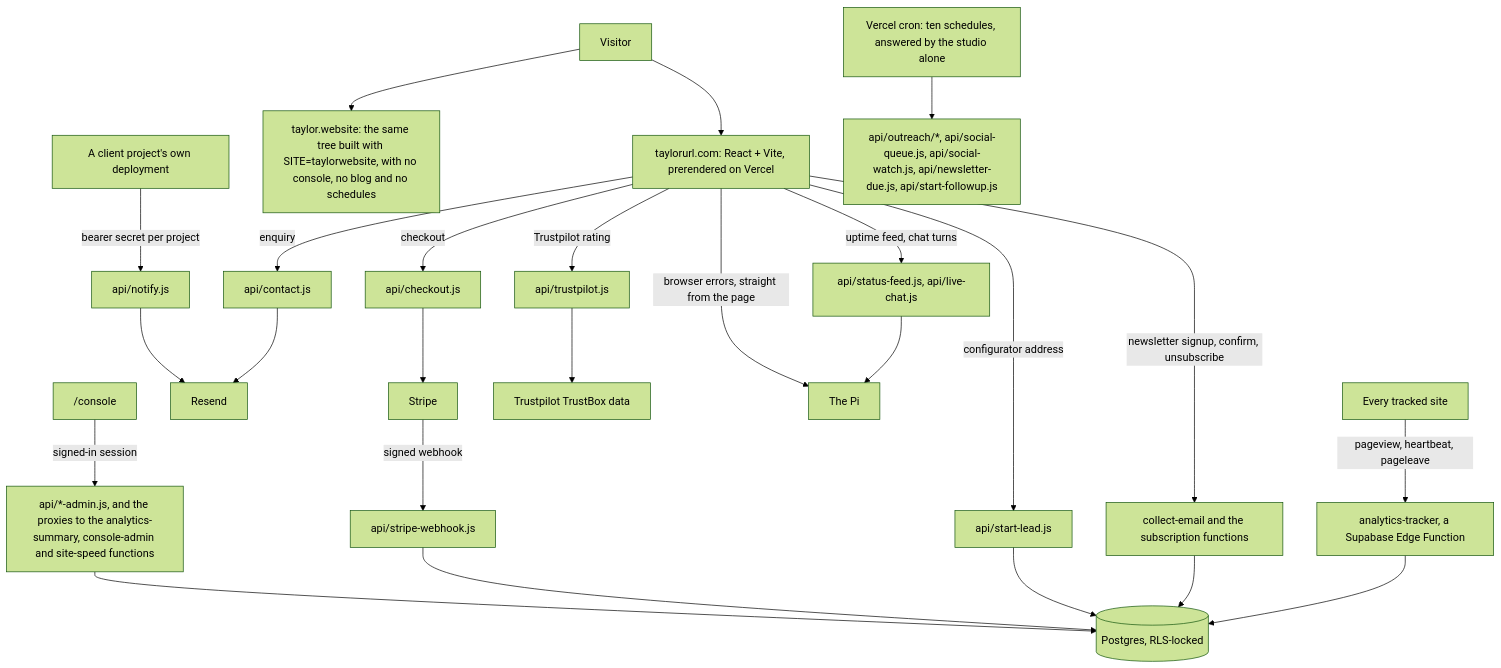
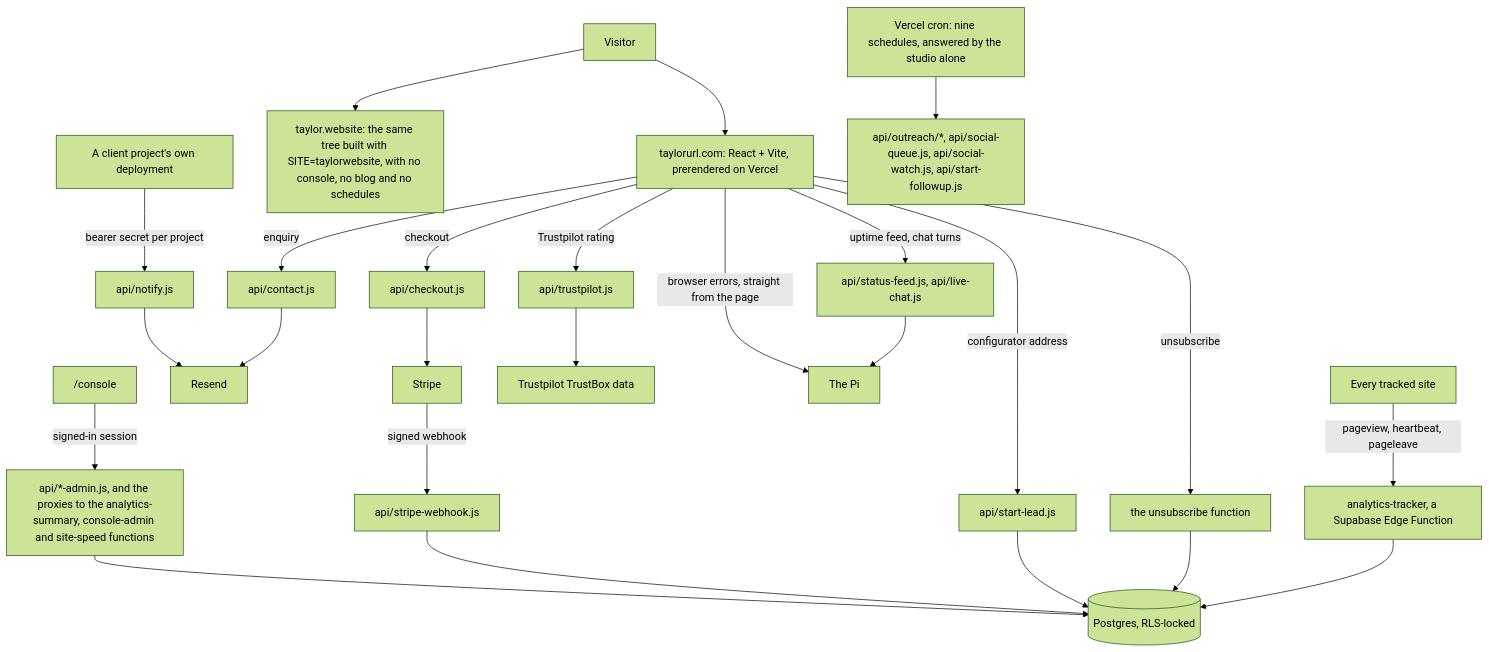
The diagram in README.md (TaylorURL/taylorurl-com), drawn with Mermaid (forest theme) before and after one commit. The commit also changed other lines of this file and 34 other files, not shown here.

Commit message:
Refresh the menus and take the newsletter off the site

````diff
--- a/README.md
+++ b/README.md
@@ -111,17 +111,17 @@
 ```mermaid
 flowchart TD
     V["Visitor"] --> Site["taylorurl.com: React + Vite, prerendered on Vercel"]
     V --> Sub["taylor.website: the same tree built with SITE=taylorwebsite, with no console, no blog and no schedules"]
     Any["Every tracked site"] -->|"pageview, heartbeat, pageleave"| IN["analytics-tracker, a Supabase Edge Function"]
     IN --> DB[("Postgres, RLS-locked")]
-    Site -->|"newsletter signup, confirm, unsubscribe"| EF["collect-email and the subscription functions"] --> DB
+    Site -->|"unsubscribe"| EF["the unsubscribe function"] --> DB
     Site -->|"enquiry"| CT["api/contact.js"] --> RS["Resend"]
     Site -->|"configurator address"| SL["api/start-lead.js"] --> DB
     Site -->|"checkout"| CK["api/checkout.js"] --> ST["Stripe"] -->|"signed webhook"| WH["api/stripe-webhook.js"] --> DB
     Site -->|"Trustpilot rating"| TP["api/trustpilot.js"] --> TB["Trustpilot TrustBox data"]
     Site -->|"uptime feed, chat turns"| PX["api/status-feed.js, api/live-chat.js"] --> PI["The Pi"]
     Site -->|"browser errors, straight from the page"| PI
     Console["/console"] -->|"signed-in session"| ADM["api/*-admin.js, and the proxies to the analytics-summary, console-admin and site-speed functions"] --> DB
     Client["A client project's own deployment"] -->|"bearer secret per project"| NF["api/notify.js"] --> RS
-    Cron["Vercel cron: ten schedules, answered by the studio alone"] --> Jobs["api/outreach/*, api/social-queue.js, api/social-watch.js, api/newsletter-due.js, api/start-followup.js"]
+    Cron["Vercel cron: nine schedules, answered by the studio alone"] --> Jobs["api/outreach/*, api/social-queue.js, api/social-watch.js, api/start-followup.js"]
 ```
````
